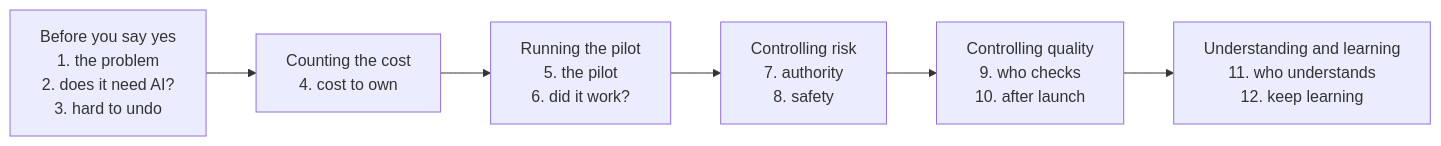
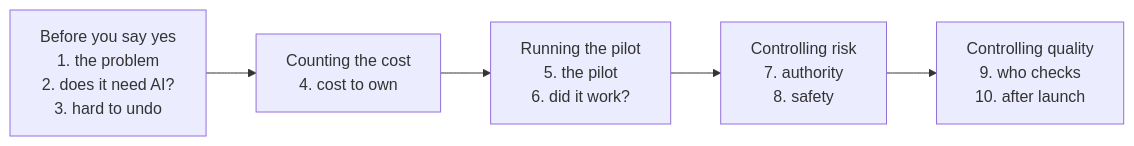
The second of 5 diagrams in src/content/blog/when_code_is_cheap.md (locchh/blogs), drawn with Mermaid before and after one commit. The commit also changed other lines of this file, not shown here.

````diff
--- a/src/content/blog/when_code_is_cheap.md
+++ b/src/content/blog/when_code_is_cheap.md
@@ -30,8 +30,7 @@
 ```mermaid
 graph LR
     P1["Before you say yes<br/>1. the problem<br/>2. does it need AI?<br/>3. hard to undo"] --> P2["Counting the cost<br/>4. cost to own"]
     P2 --> P3["Running the pilot<br/>5. the pilot<br/>6. did it work?"]
     P3 --> P4["Controlling risk<br/>7. authority<br/>8. safety"]
     P4 --> P5["Controlling quality<br/>9. who checks<br/>10. after launch"]
-    P5 --> P6["Understanding and learning<br/>11. who understands<br/>12. keep learning"]
 ```
````
